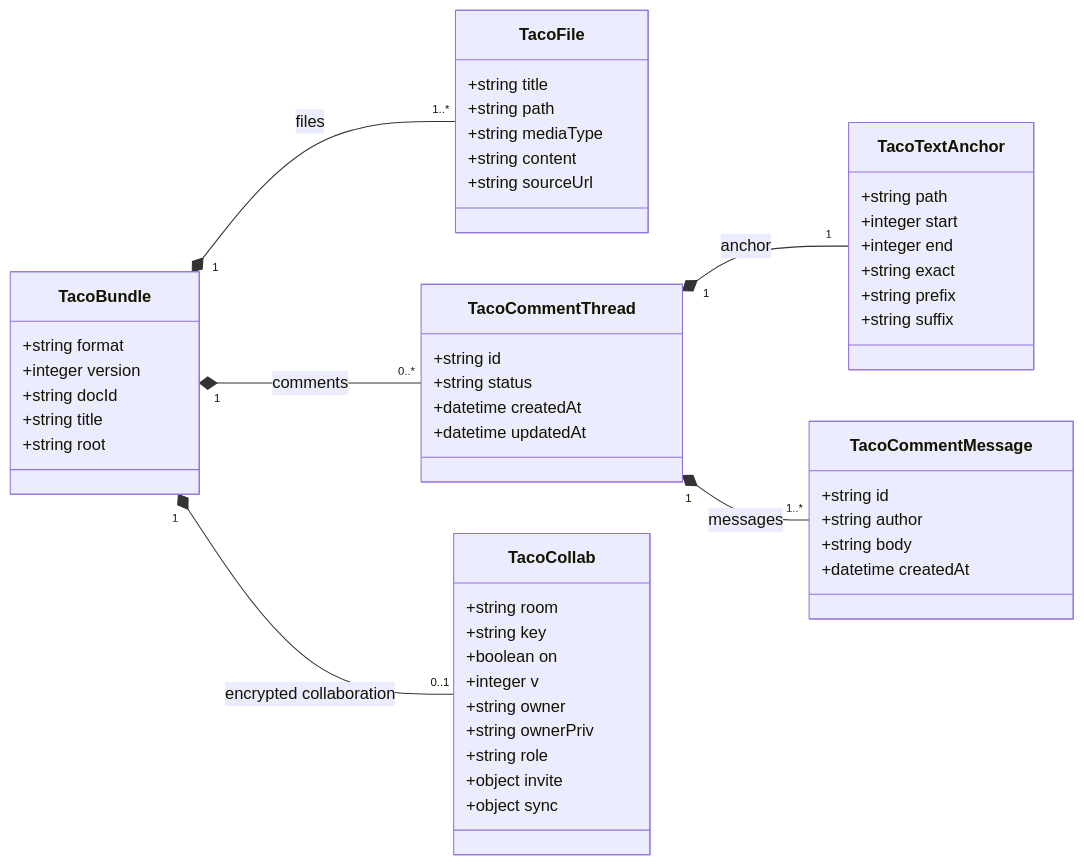
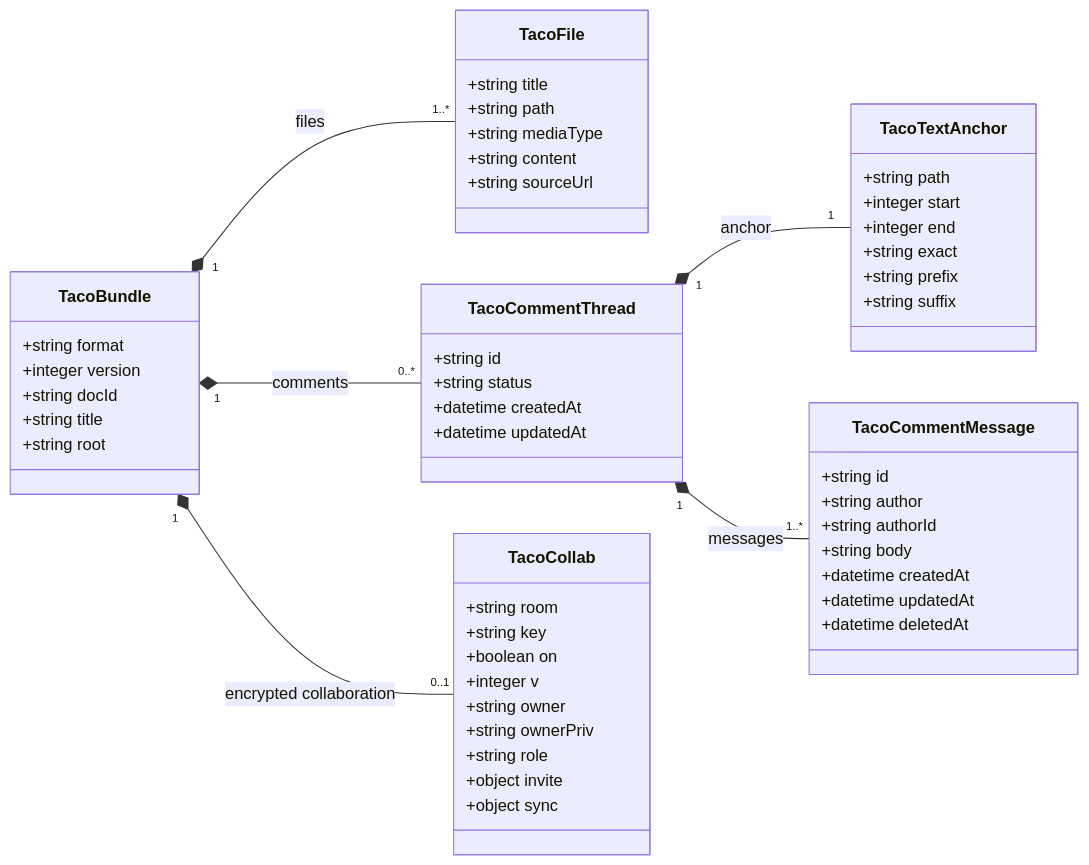
The diagram in specs/001-taco-bento-product/data-model.md (Arcadia822/taco), drawn with Mermaid before and after one commit. The commit also changed other lines of this file and 29 other files, not shown here.

````diff
--- a/specs/001-taco-bento-product/data-model.md
+++ b/specs/001-taco-bento-product/data-model.md
@@ -9,61 +9,64 @@
 ```mermaid
 classDiagram
   direction LR
 
   class TacoBundle {
     +string format
     +integer version
     +string docId
     +string title
     +string root
   }
 
   class TacoFile {
     +string title
     +string path
     +string mediaType
     +string content
     +string sourceUrl
   }
 
   class TacoCommentThread {
     +string id
     +string status
     +datetime createdAt
     +datetime updatedAt
   }
 
   class TacoTextAnchor {
     +string path
     +integer start
     +integer end
     +string exact
     +string prefix
     +string suffix
   }
 
   class TacoCommentMessage {
     +string id
     +string author
+    +string authorId
     +string body
     +datetime createdAt
+    +datetime updatedAt
+    +datetime deletedAt
   }
 
   class TacoCollab {
     +string room
     +string key
     +boolean on
     +integer v
     +string owner
     +string ownerPriv
     +string role
     +object invite
     +object sync
   }
 
   TacoBundle "1" *-- "1..*" TacoFile : files
   TacoBundle "1" *-- "0..*" TacoCommentThread : comments
   TacoBundle "1" *-- "0..1" TacoCollab : encrypted collaboration
   TacoCommentThread "1" *-- "1" TacoTextAnchor : anchor
   TacoCommentThread "1" *-- "1..*" TacoCommentMessage : messages
 ```
````
